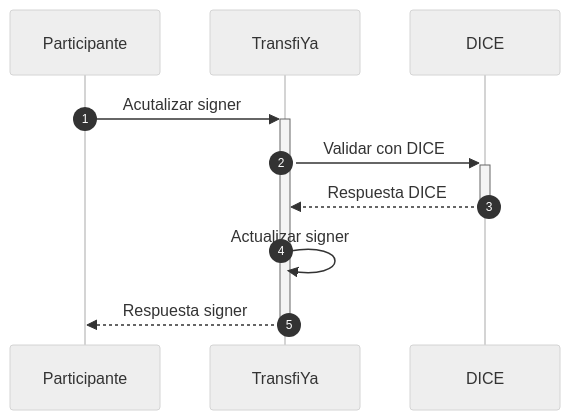
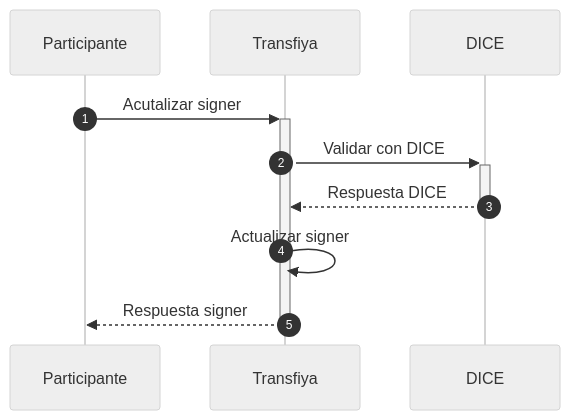
The first of 2 diagrams in es/v1.66/directory/guides/how-to-update-keys.mdx (dom-minka/docs), drawn with Mermaid (neutral theme) before and after one commit. The commit also changed other lines of this file and 19 other files, not shown here.

````diff
--- a/es/v1.66/directory/guides/how-to-update-keys.mdx
+++ b/es/v1.66/directory/guides/how-to-update-keys.mdx
@@ -23,13 +23,13 @@
         ```mermaid
         sequenceDiagram
        	autonumber
        	participant b as Participante
-       	participant ty as TransfiYa
+       	participant ty as Transfiya
         participant cd as DICE
 
         b ->> +ty: Acutalizar signer
         ty ->> +cd: Validar con DICE
         cd -->> -ty: Respuesta DICE
         ty ->> ty: Actualizar signer
         ty -->> -b: Respuesta signer
         ```
````
